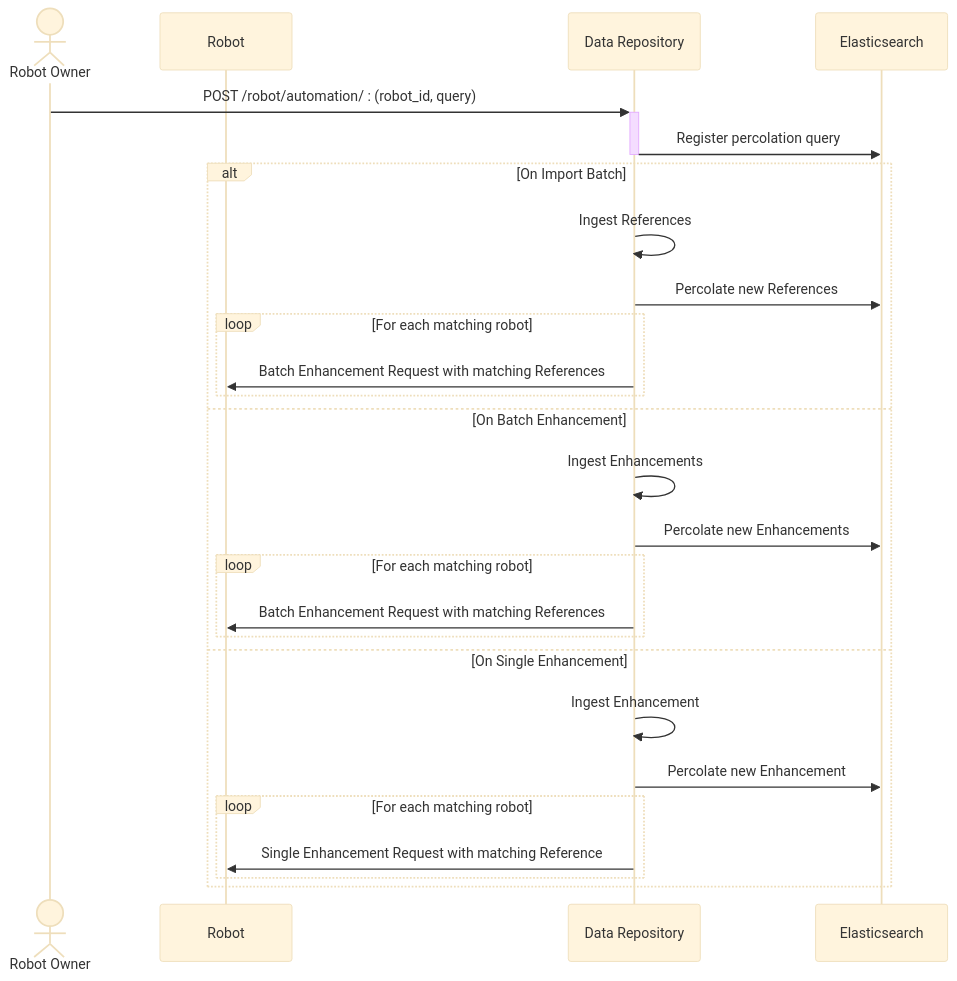
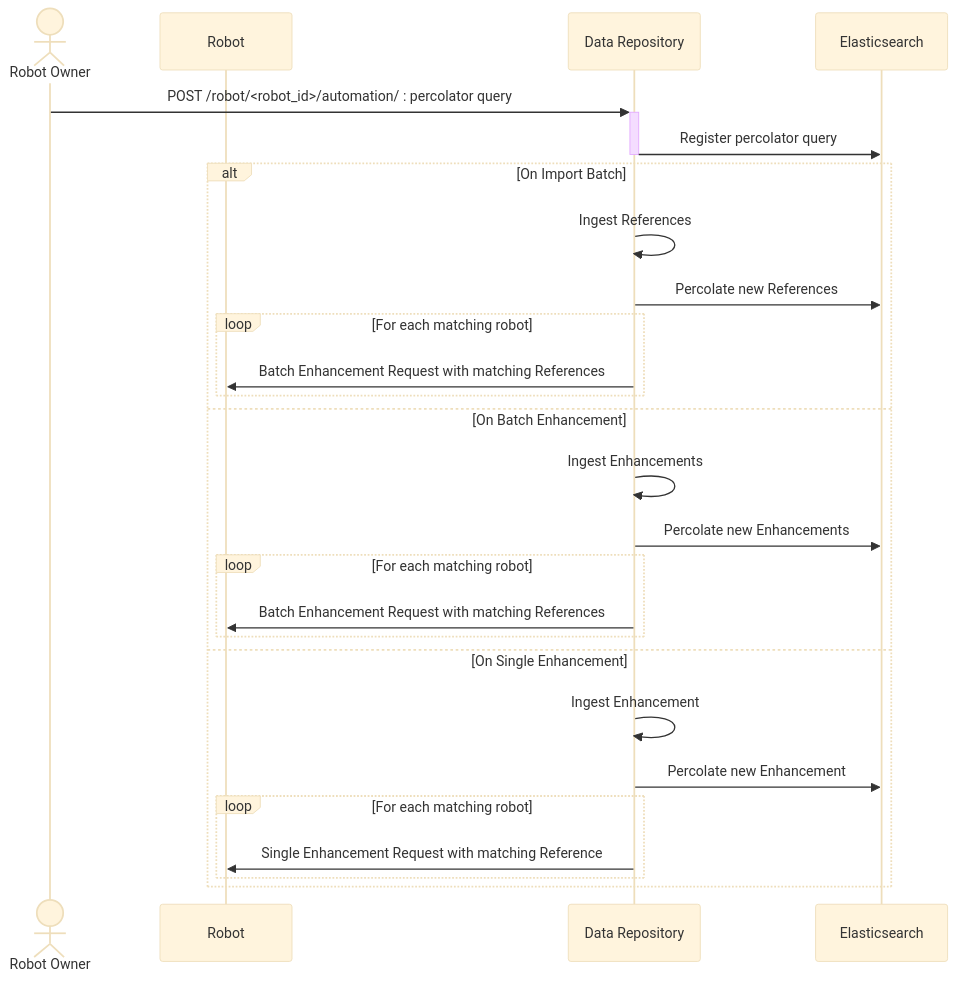
Before and after one commit to destiny-evidence/destiny-repository: the first of 2 diagrams in docs/procedures/robot-automation.rst, drawn with Mermaid (base theme). The commit also changed other lines of this file and 2 other files, not shown here.

Commit message:
added robot automation docs

```diff
--- a/docs/procedures/robot-automation.rst
+++ b/docs/procedures/robot-automation.rst
@@ -8,30 +8,30 @@
 .. mermaid::
 
     sequenceDiagram
         Actor RO as Robot Owner
         participant R as Robot
         participant DR as Data Repository
         participant ES as Elasticsearch
 
-        RO->>+DR: POST /robot/automation/ : (robot_id, query)
-        DR->>-ES: Register percolation query
+        RO->>+DR: POST /robot/<robot_id>/automation/ : percolator query
+        DR->>-ES: Register percolator query
 
         alt On Import Batch
             DR->>DR: Ingest References
             DR->>ES: Percolate new References
             loop For each matching robot
                 DR->>R: Batch Enhancement Request with matching References
             end
         else On Batch Enhancement
             DR->>DR: Ingest Enhancements
             DR->>ES: Percolate new Enhancements
             loop For each matching robot
                 DR->>R: Batch Enhancement Request with matching References
             end
         else On Single Enhancement
             DR->>DR: Ingest Enhancement
             DR->>ES: Percolate new Enhancement
             loop For each matching robot
                 DR->>R: Single Enhancement Request with matching Reference
             end
         end
```
